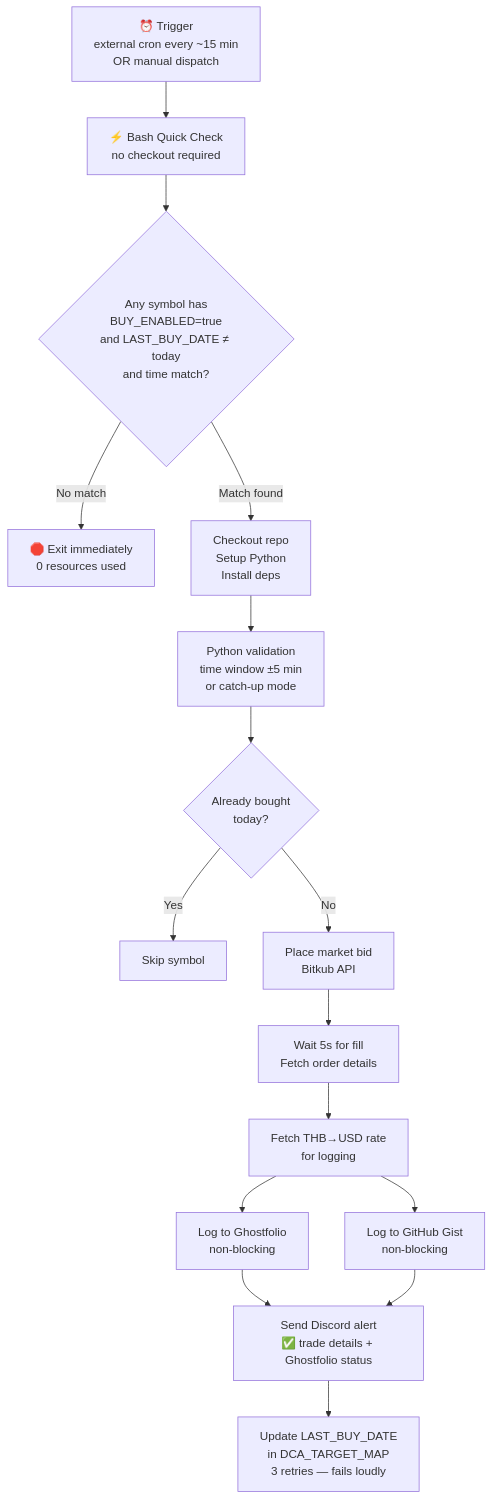
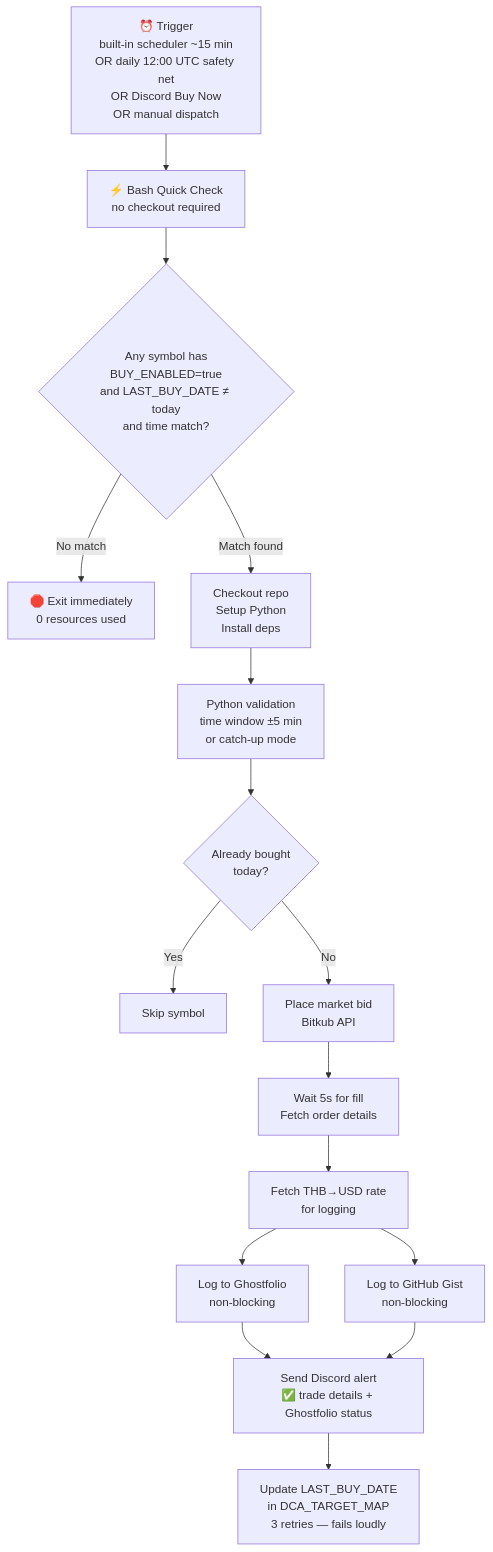
The third of 4 diagrams in README.md (AGuismo/DCA-Analysis-Bot), drawn with Mermaid before and after one commit. The commit also changed other lines of this file and 3 other files, not shown here.

Commit message:
fix: Update daily_dca.yml and documentation for daily cron schedule and manual dispatch clarity

````diff
--- a/README.md
+++ b/README.md
@@ -165,18 +169,18 @@
 ```mermaid
 flowchart TD
-    A["⏰ Trigger\nexternal cron every ~15 min\nOR manual dispatch"] --> B["⚡ Bash Quick Check\nno checkout required"]
+    A["⏰ Trigger\nbuilt-in scheduler ~15 min\nOR daily 12:00 UTC safety net\nOR Discord Buy Now\nOR manual dispatch"] --> B["⚡ Bash Quick Check\nno checkout required"]
     B --> C{Any symbol has\nBUY_ENABLED=true\nand LAST_BUY_DATE ≠ today\nand time match?}
     C -->|No match| D["🛑 Exit immediately\n0 resources used"]
     C -->|Match found| E["Checkout repo\nSetup Python\nInstall deps"]
     E --> F["Python validation\ntime window ±5 min\nor catch-up mode"]
     F --> G{Already bought\ntoday?}
     G -->|Yes| H["Skip symbol"]
     G -->|No| I["Place market bid\nBitkub API"]
     I --> J["Wait 5s for fill\nFetch order details"]
     J --> K["Fetch THB→USD rate\nfor logging"]
     K --> L["Log to Ghostfolio\nnon-blocking"]
     K --> M["Log to GitHub Gist\nnon-blocking"]
     L --> N["Send Discord alert\n✅ trade details + Ghostfolio status"]
     M --> N
     N --> O["Update LAST_BUY_DATE\nin DCA_TARGET_MAP\n3 retries — fails loudly"]
 ```
````
